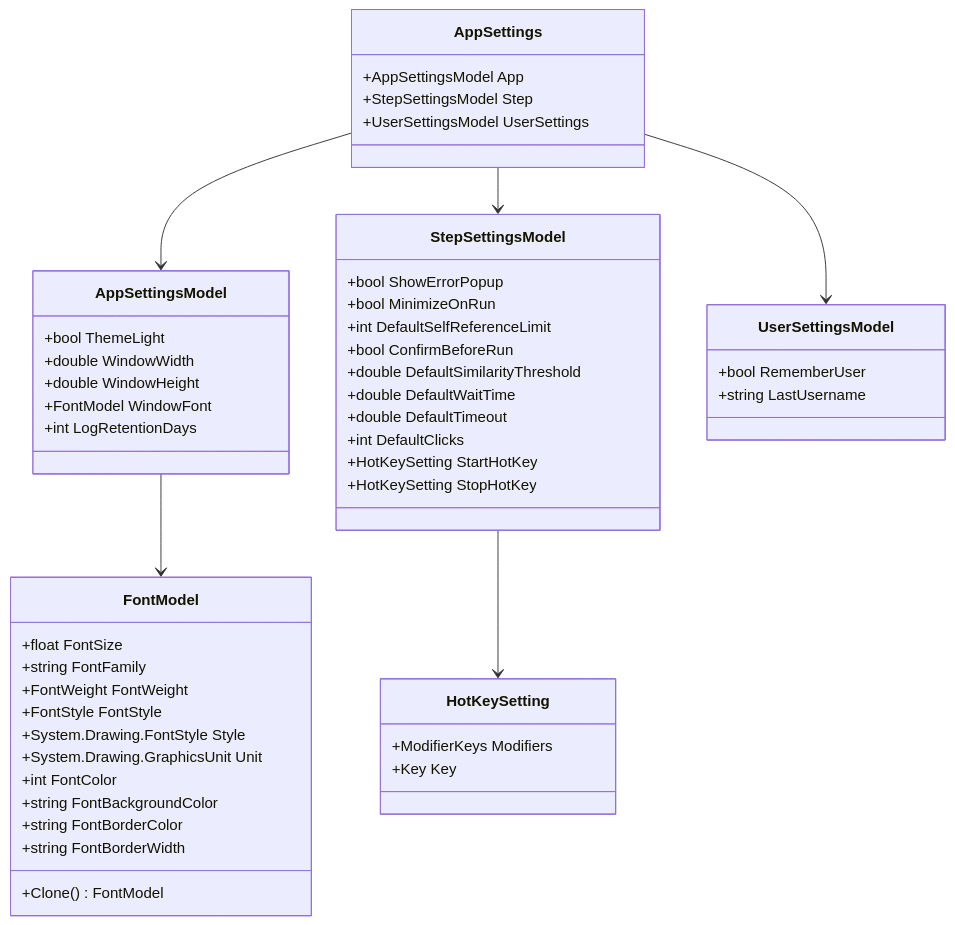
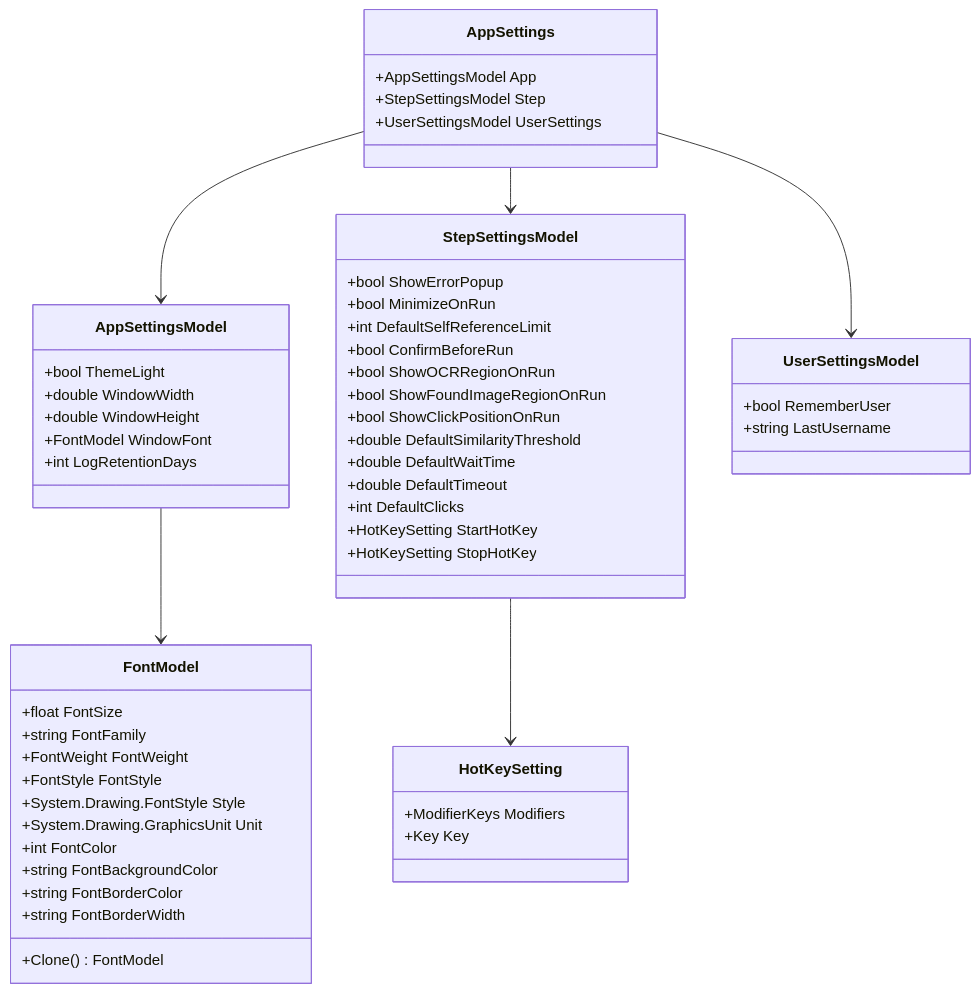
Before and after one commit to yooxii/ShaoLuAuto: the third of 8 diagrams in .qoder/repowiki/zh/content/系统设置管理.md, drawn with Mermaid. The commit also changed other lines of this file and 45 other files, not shown here.

````diff
--- a/.qoder/repowiki/zh/content/系统设置管理.md
+++ b/.qoder/repowiki/zh/content/系统设置管理.md
@@ -213,53 +226,56 @@
 ```mermaid
 classDiagram
 class AppSettings {
 +AppSettingsModel App
 +StepSettingsModel Step
 +UserSettingsModel UserSettings
 }
 class AppSettingsModel {
 +bool ThemeLight
 +double WindowWidth
 +double WindowHeight
 +FontModel WindowFont
 +int LogRetentionDays
 }
 class StepSettingsModel {
 +bool ShowErrorPopup
 +bool MinimizeOnRun
 +int DefaultSelfReferenceLimit
 +bool ConfirmBeforeRun
++bool ShowOCRRegionOnRun
++bool ShowFoundImageRegionOnRun
++bool ShowClickPositionOnRun
 +double DefaultSimilarityThreshold
 +double DefaultWaitTime
 +double DefaultTimeout
 +int DefaultClicks
 +HotKeySetting StartHotKey
 +HotKeySetting StopHotKey
 }
 class UserSettingsModel {
 +bool RememberUser
 +string LastUsername
 }
 class HotKeySetting {
 +ModifierKeys Modifiers
 +Key Key
 }
 class FontModel {
 +float FontSize
 +string FontFamily
 +FontWeight FontWeight
 +FontStyle FontStyle
 +System.Drawing.FontStyle Style
 +System.Drawing.GraphicsUnit Unit
 +int FontColor
 +string FontBackgroundColor
 +string FontBorderColor
 +string FontBorderWidth
 +Clone() FontModel
 }
 AppSettings --> AppSettingsModel
 AppSettings --> StepSettingsModel
 AppSettings --> UserSettingsModel
 AppSettingsModel --> FontModel
 StepSettingsModel --> HotKeySetting
 ```
````
